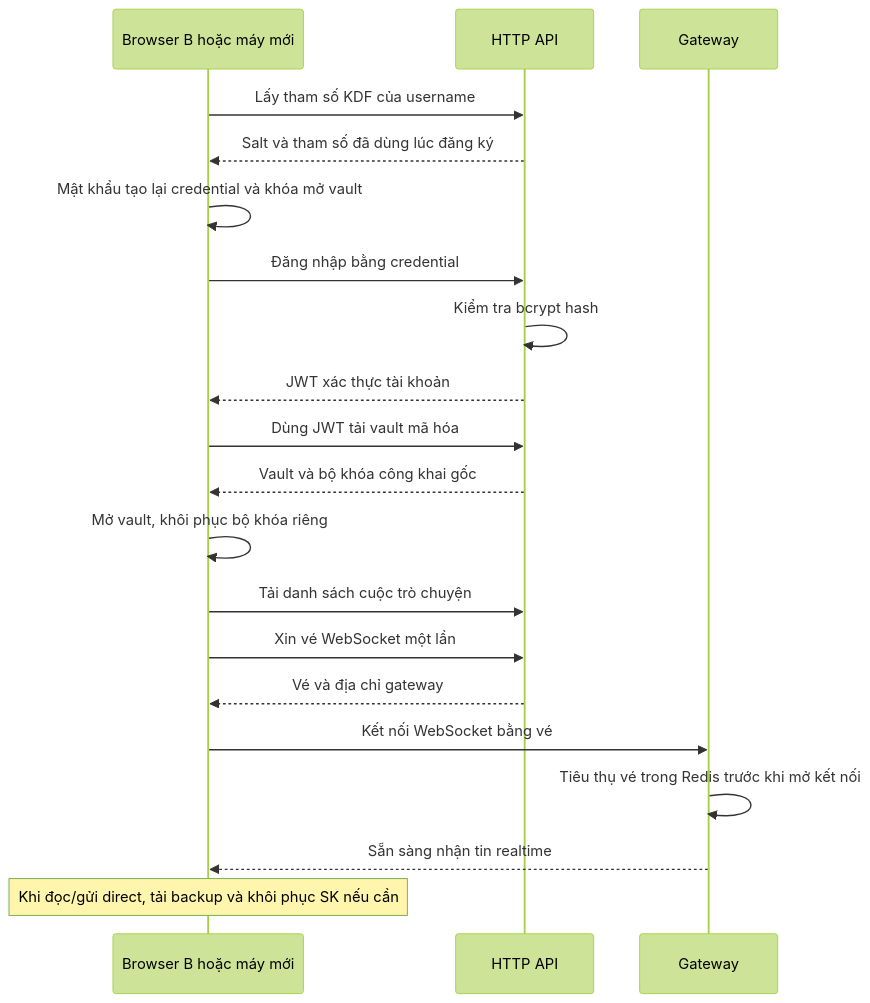
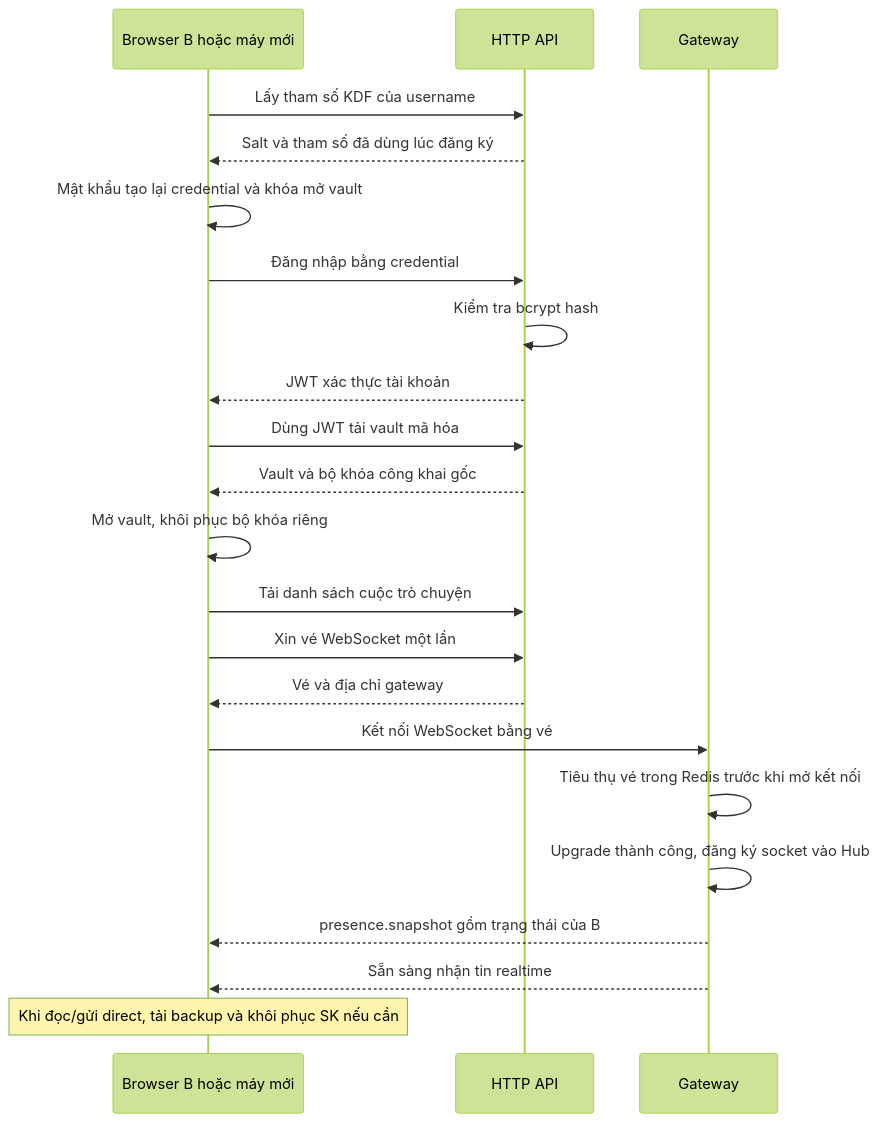
One commit to daoquocdai/Project_IT4409 changed diagram 14 of 14 in docs/project-flows.md. Above: the diagram before and after it, drawn with Mermaid (forest theme). The commit also changed other lines of this file and 10 other files, not shown here.

First line of the commit message:
feat(chat): hiển thị trạng thái online/offline theo kết nối WebSocket

````diff
--- a/docs/project-flows.md
+++ b/docs/project-flows.md
@@ -515,22 +564,24 @@
 ```mermaid
 sequenceDiagram
     participant B as Browser B hoặc máy mới
     participant API as HTTP API
     participant G as Gateway
     B->>API: Lấy tham số KDF của username
     API-->>B: Salt và tham số đã dùng lúc đăng ký
     B->>B: Mật khẩu tạo lại credential và khóa mở vault
     B->>API: Đăng nhập bằng credential
     API->>API: Kiểm tra bcrypt hash
     API-->>B: JWT xác thực tài khoản
     B->>API: Dùng JWT tải vault mã hóa
     API-->>B: Vault và bộ khóa công khai gốc
     B->>B: Mở vault, khôi phục bộ khóa riêng
     B->>API: Tải danh sách cuộc trò chuyện
     B->>API: Xin vé WebSocket một lần
     API-->>B: Vé và địa chỉ gateway
     B->>G: Kết nối WebSocket bằng vé
     G->>G: Tiêu thụ vé trong Redis trước khi mở kết nối
+    G->>G: Upgrade thành công, đăng ký socket vào Hub
+    G-->>B: presence.snapshot gồm trạng thái của B
     G-->>B: Sẵn sàng nhận tin realtime
     Note over B: Khi đọc/gửi direct, tải backup và khôi phục SK nếu cần
 ```
````
